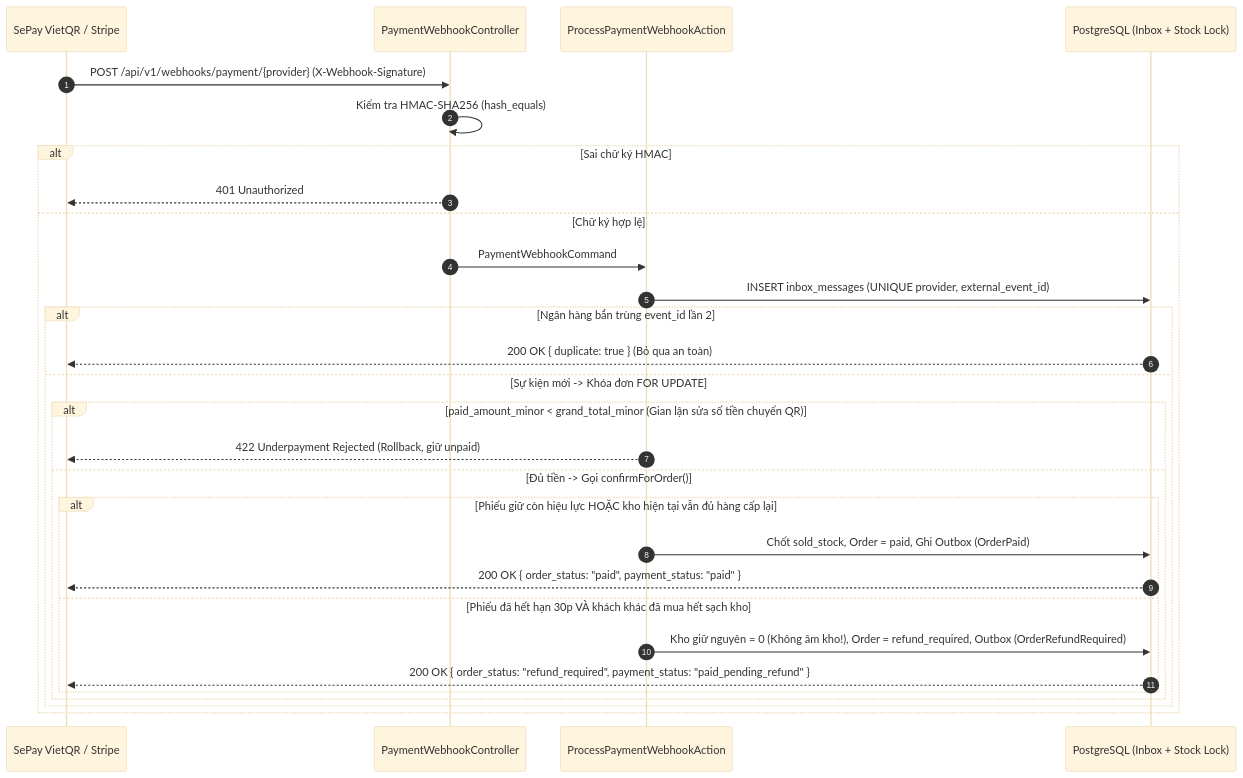
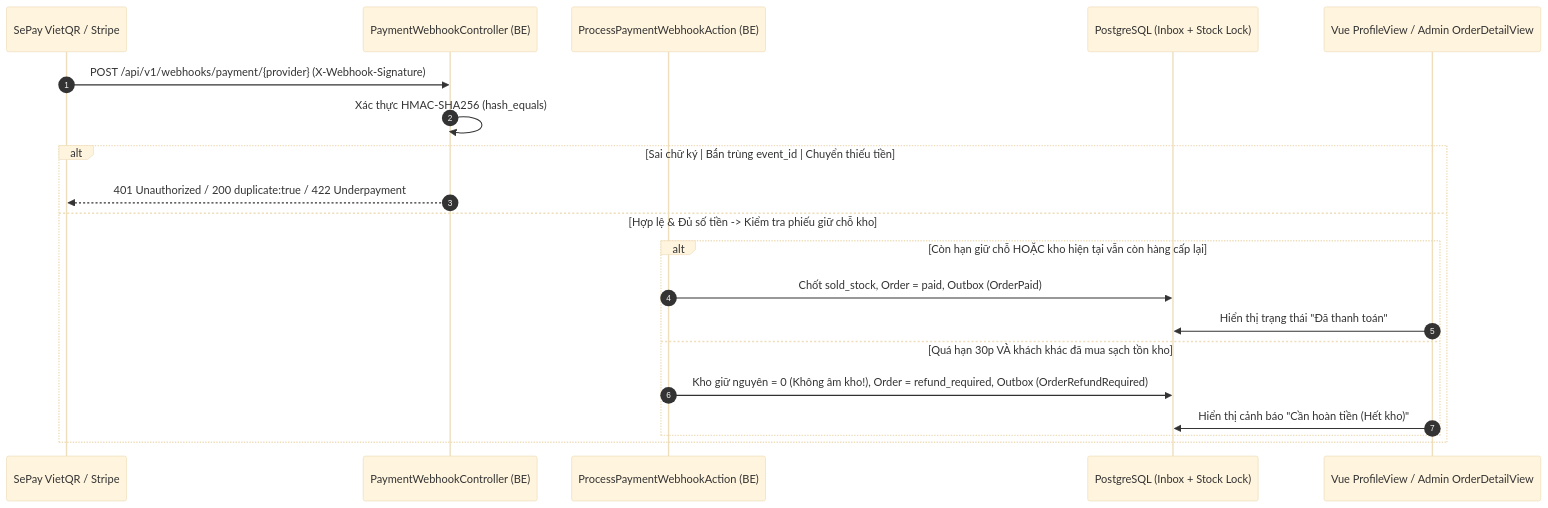
One commit to nguynbon03/VueLaravelProject changed the third of 3 diagrams in README.md. Above: the diagram before and after it, drawn with Mermaid (base theme). The commit also changed other lines of this file and 17 other files, not shown here.

````diff
--- a/README.md
+++ b/README.md
@@ -125,32 +118,23 @@
 ```mermaid
 sequenceDiagram
     autonumber
     participant Bank as SePay VietQR / Stripe
-    participant Ctrl as PaymentWebhookController
-    participant Act as ProcessPaymentWebhookAction
+    participant Ctrl as PaymentWebhookController (BE)
+    participant Act as ProcessPaymentWebhookAction (BE)
     participant DB as PostgreSQL (Inbox + Stock Lock)
+    participant UI as Vue ProfileView / Admin OrderDetailView
 
     Bank->>Ctrl: POST /api/v1/webhooks/payment/{provider} (X-Webhook-Signature)
-    Ctrl->>Ctrl: Kiểm tra HMAC-SHA256 (hash_equals)
-    alt Sai chữ ký HMAC
-        Ctrl-->>Bank: 401 Unauthorized
-    else Chữ ký hợp lệ
-        Ctrl->>Act: PaymentWebhookCommand
-        Act->>DB: INSERT inbox_messages (UNIQUE provider, external_event_id)
-        alt Ngân hàng bắn trùng event_id lần 2
-            DB-->>Bank: 200 OK { duplicate: true } (Bỏ qua an toàn)
-        else Sự kiện mới -> Khóa đơn FOR UPDATE
-            alt paid_amount_minor < grand_total_minor (Gian lận sửa số tiền chuyển QR)
-                Act-->>Bank: 422 Underpayment Rejected (Rollback, giữ unpaid)
-            else Đủ tiền -> Gọi confirmForOrder()
-                alt Phiếu giữ còn hiệu lực HOẶC kho hiện tại vẫn đủ hàng cấp lại
-                    Act->>DB: Chốt sold_stock, Order = paid, Ghi Outbox (OrderPaid)
-                    DB-->>Bank: 200 OK { order_status: "paid", payment_status: "paid" }
-                else Phiếu đã hết hạn 30p VÀ khách khác đã mua hết sạch kho
-                    Act->>DB: Kho giữ nguyên = 0 (Không âm kho!), Order = refund_required, Outbox (OrderRefundRequired)
-                    DB-->>Bank: 200 OK { order_status: "refund_required", payment_status: "paid_pending_refund" }
-                end
-            end
+    Ctrl->>Ctrl: Xác thực HMAC-SHA256 (hash_equals)
+    alt Sai chữ ký | Bắn trùng event_id | Chuyển thiếu tiền
+        Ctrl-->>Bank: 401 Unauthorized / 200 duplicate:true / 422 Underpayment
+    else Hợp lệ & Đủ số tiền -> Kiểm tra phiếu giữ chỗ kho
+        alt Còn hạn giữ chỗ HOẶC kho hiện tại vẫn còn hàng cấp lại
+            Act->>DB: Chốt sold_stock, Order = paid, Outbox (OrderPaid)
+            UI->>DB: Hiển thị trạng thái "Đã thanh toán"
+        else Quá hạn 30p VÀ khách khác đã mua sạch tồn kho
+            Act->>DB: Kho giữ nguyên = 0 (Không âm kho!), Order = refund_required, Outbox (OrderRefundRequired)
+            UI->>DB: Hiển thị cảnh báo "Cần hoàn tiền (Hết kho)"
         end
     end
 ```
````
